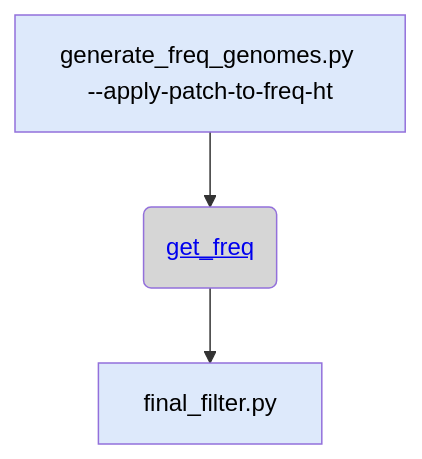
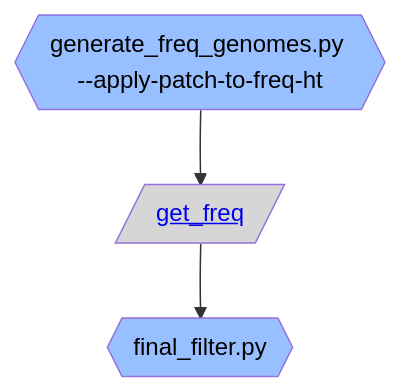
One commit to broadinstitute/gnomad_qc changed the fifth of 5 diagrams in gnomad_qc/v4/variant_qc/README.md. Above: the diagram before and after it, drawn with Mermaid. The commit also changed other lines of this file and 4 other files, not shown here.

````diff
--- a/gnomad_qc/v4/variant_qc/README.md
+++ b/gnomad_qc/v4/variant_qc/README.md
@@ -179,16 +179,16 @@
 ```mermaid
 flowchart TB;
   classDef script_color fill:#2C5D4A,color:#000000
-  classDef step_color fill:#DDE9FB,color:#000000
+  classDef step_color fill:#98BFFF,color:#000000
   classDef func_color fill:#E0D5E6,color:#000000
   classDef gnomad_methods_color fill:#F9F2CE,color:#000000
   classDef hail_color fill:#FAEACE,color:#000000
   classDef resource_color fill:#D6D6D6,color:#000000
   classDef validity_check_color fill:#2C5D4A,color:#000000
 
-  step_apply_patch_to_freq_ht["generate_freq_genomes.py --apply-patch-to-freq-ht"]:::step_color;
-  resource_get_freq("<a href='https://github.com/broadinstitute/gnomad_qc/tree/main/gnomad_qc/v4/resources/annotations.py#L284'>get_freq</a>"):::resource_color;
-  step_final_filter.py["final_filter.py"]:::step_color;
+  step_apply_patch_to_freq_ht{{"generate_freq_genomes.py --apply-patch-to-freq-ht"}}:::step_color;
+  resource_get_freq[/"<a href='https://github.com/broadinstitute/gnomad_qc/tree/main/gnomad_qc/v4/resources/annotations.py#L284'>get_freq</a>"/]:::resource_color;
+  step_final_filter.py{{"final_filter.py"}}:::step_color;
   step_apply_patch_to_freq_ht --> resource_get_freq;
   resource_get_freq --> step_final_filter.py;
 ```
````
